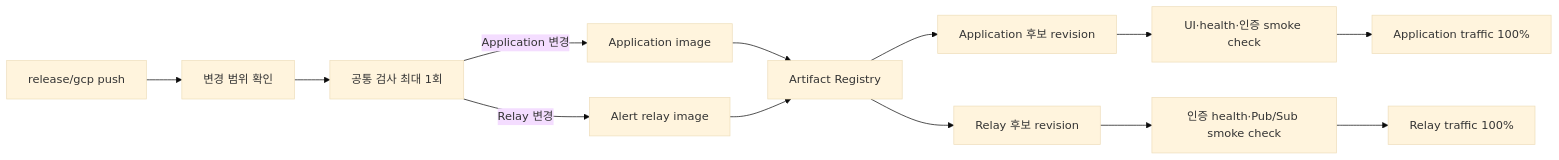
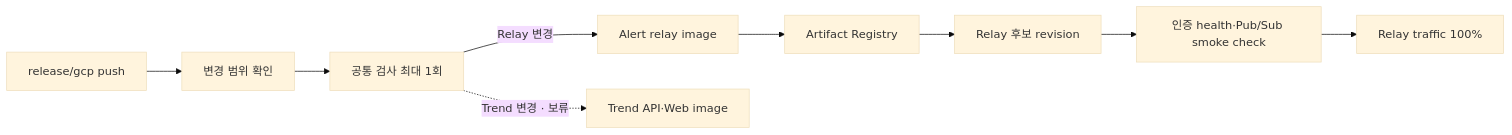
One commit to Sihyeon-Ji/trend-interpreter changed the third of 3 diagrams in docs/운영/시스템-아키텍처.md. Above: the diagram before and after it, drawn with Mermaid (base theme). The commit also changed other lines of this file and 49 other files, not shown here.

````diff
--- a/docs/운영/시스템-아키텍처.md
+++ b/docs/운영/시스템-아키텍처.md
@@ -165,15 +155,11 @@
 ```mermaid
 flowchart LR
   Push[release/gcp push] --> Scope[변경 범위 확인]
   Scope --> Check[공통 검사 최대 1회]
-  Check -->|Application 변경| AppImage[Application image]
   Check -->|Relay 변경| RelayImage[Alert relay image]
-  AppImage --> Registry[Artifact Registry]
-  RelayImage --> Registry
-  Registry --> AppCandidate[Application 후보 revision]
+  Check -.->|Trend 변경 · 보류| AppImage[Trend API·Web image]
+  RelayImage --> Registry[Artifact Registry]
   Registry --> RelayCandidate[Relay 후보 revision]
-  AppCandidate --> AppSmoke[UI·health·인증 smoke check]
   RelayCandidate --> RelaySmoke[인증 health·Pub/Sub smoke check]
-  AppSmoke --> AppPromote[Application traffic 100%]
   RelaySmoke --> RelayPromote[Relay traffic 100%]
 ```
````
